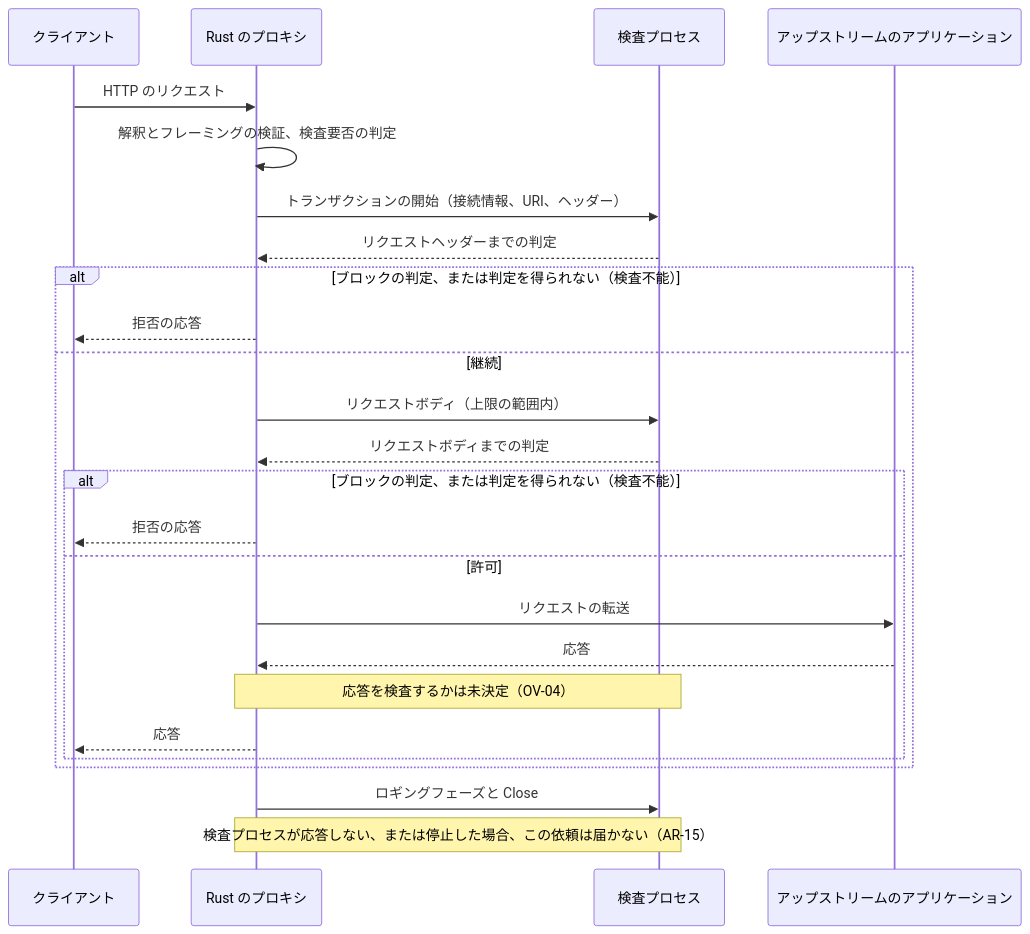
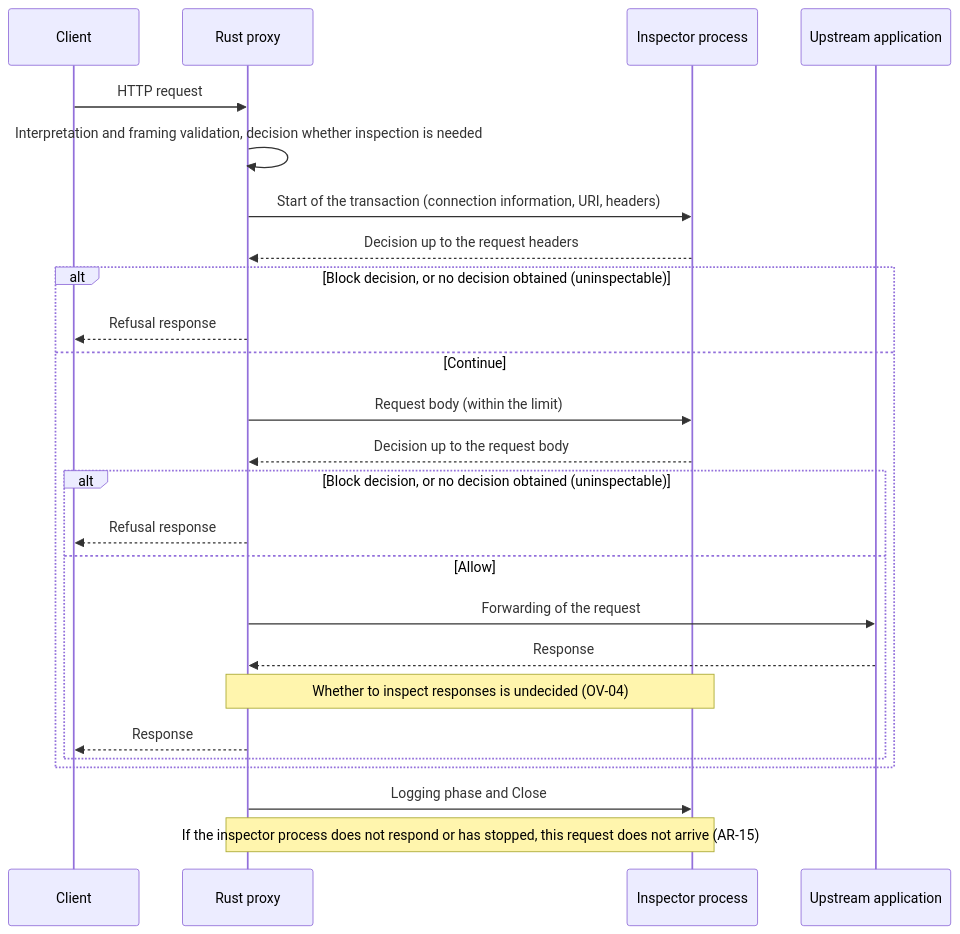
One commit to vril-dev/tukuyomi-core changed the second of 2 diagrams in docs/detailed-design/00_overview/architecture.md. Above: the diagram before and after it, drawn with Mermaid. The commit also changed other lines of this file and 15 other files, not shown here.

````diff
--- a/docs/detailed-design/00_overview/architecture.md
+++ b/docs/detailed-design/00_overview/architecture.md
@@ -116,27 +118,27 @@
 ```mermaid
 sequenceDiagram
-    participant C as クライアント
-    participant R as Rust のプロキシ
-    participant I as 検査プロセス
-    participant U as アップストリームのアプリケーション
-    C->>R: HTTP のリクエスト
-    R->>R: 解釈とフレーミングの検証、検査要否の判定
-    R->>I: トランザクションの開始（接続情報、URI、ヘッダー）
-    I-->>R: リクエストヘッダーまでの判定
-    alt ブロックの判定、または判定を得られない（検査不能）
-        R-->>C: 拒否の応答
-    else 継続
-        R->>I: リクエストボディ（上限の範囲内）
-        I-->>R: リクエストボディまでの判定
-        alt ブロックの判定、または判定を得られない（検査不能）
-            R-->>C: 拒否の応答
-        else 許可
-            R->>U: リクエストの転送
-            U-->>R: 応答
-            Note over R,I: 応答を検査するかは未決定（OV-04）
-            R-->>C: 応答
+    participant C as Client
+    participant R as Rust proxy
+    participant I as Inspector process
+    participant U as Upstream application
+    C->>R: HTTP request
+    R->>R: Interpretation and framing validation, decision whether inspection is needed
+    R->>I: Start of the transaction (connection information, URI, headers)
+    I-->>R: Decision up to the request headers
+    alt Block decision, or no decision obtained (uninspectable)
+        R-->>C: Refusal response
+    else Continue
+        R->>I: Request body (within the limit)
+        I-->>R: Decision up to the request body
+        alt Block decision, or no decision obtained (uninspectable)
+            R-->>C: Refusal response
+        else Allow
+            R->>U: Forwarding of the request
+            U-->>R: Response
+            Note over R,I: Whether to inspect responses is undecided (OV-04)
+            R-->>C: Response
         end
     end
-    R->>I: ロギングフェーズと Close
-    Note over R,I: 検査プロセスが応答しない、または停止した場合、この依頼は届かない（AR-15）
+    R->>I: Logging phase and Close
+    Note over R,I: If the inspector process does not respond or has stopped, this request does not arrive (AR-15)
 ```
````
